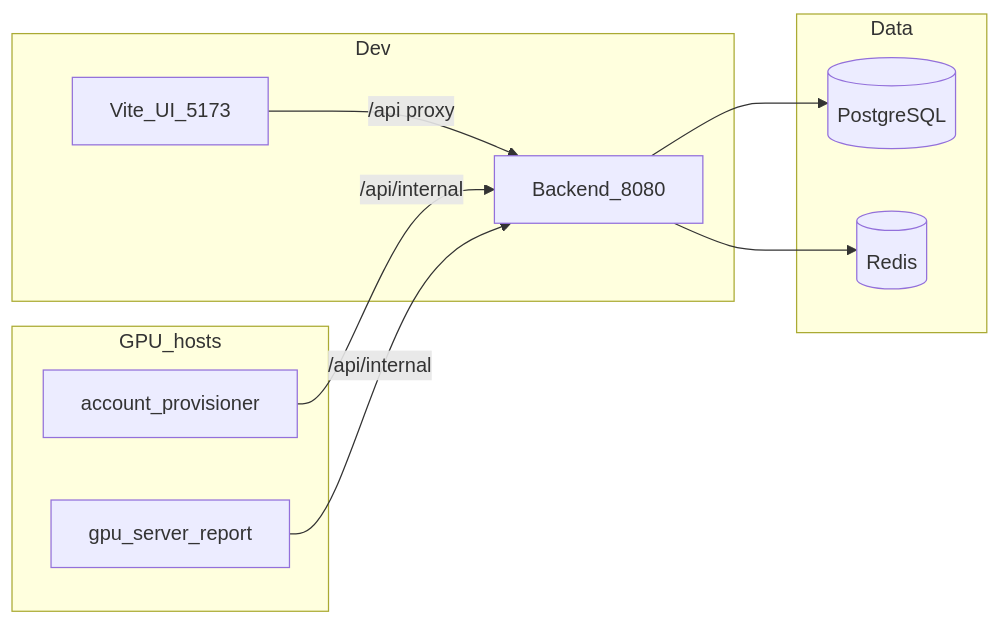
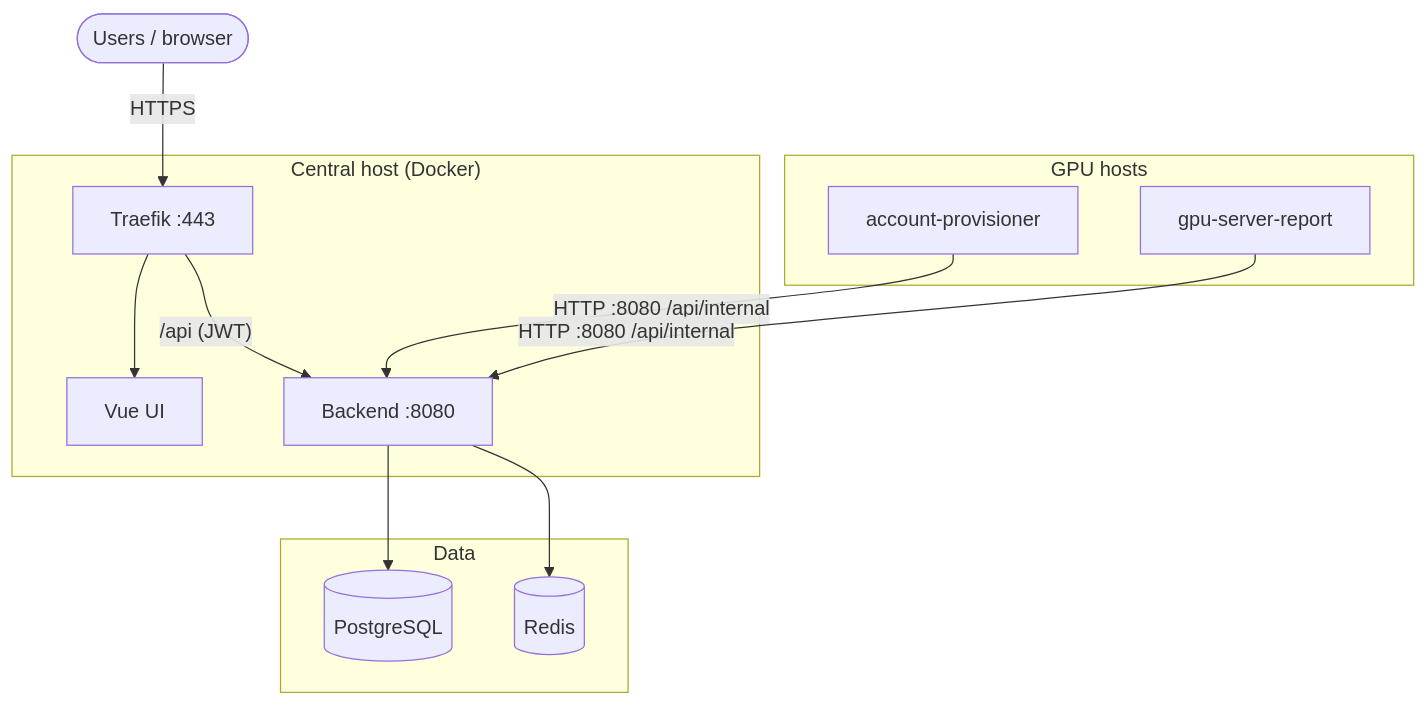
Before and after one commit to zeroDtree/server-manager: the diagram in README.md, drawn with Mermaid. The commit also changed other lines of this file and 3 other files, not shown here.

Commit message:
Revise README to update architecture diagram for clarity, enhance production and development entry path descriptions, and add batch PSK derivation instructions. Refactor PSK derivation script to improve logging and streamline master secret handling.

````diff
--- a/README.md
+++ b/README.md
@@ -5,20 +5,28 @@
 ```mermaid
-flowchart LR
-  subgraph dev [Dev]
-    UI[Vite_UI_5173]
-    API[Backend_8080]
-    UI -->|"/api proxy"| API
+flowchart TB
+  Browser(["Users / browser"])
+
+  subgraph central ["Central host (Docker)"]
+    Traefik["Traefik :443"]
+    UI["Vue UI"]
+    API["Backend :8080"]
+    Traefik --> UI
+    Traefik -->|"/api (JWT)"| API
   end
-  subgraph data [Data]
+
+  subgraph data ["Data"]
     PG[(PostgreSQL)]
     RD[(Redis)]
   end
+
+  subgraph agents ["GPU hosts"]
+    Prov[account-provisioner]
+    Rep[gpu-server-report]
+  end
+
+  Browser -->|HTTPS| Traefik
   API --> PG
   API --> RD
-  subgraph agents [GPU_hosts]
-    Prov[account_provisioner]
-    Rep[gpu_server_report]
-  end
-  Prov -->|"/api/internal"| API
-  Rep -->|"/api/internal"| API
+  Prov -->|"HTTP :8080 /api/internal"| API
+  Rep -->|"HTTP :8080 /api/internal"| API
 ```
````
